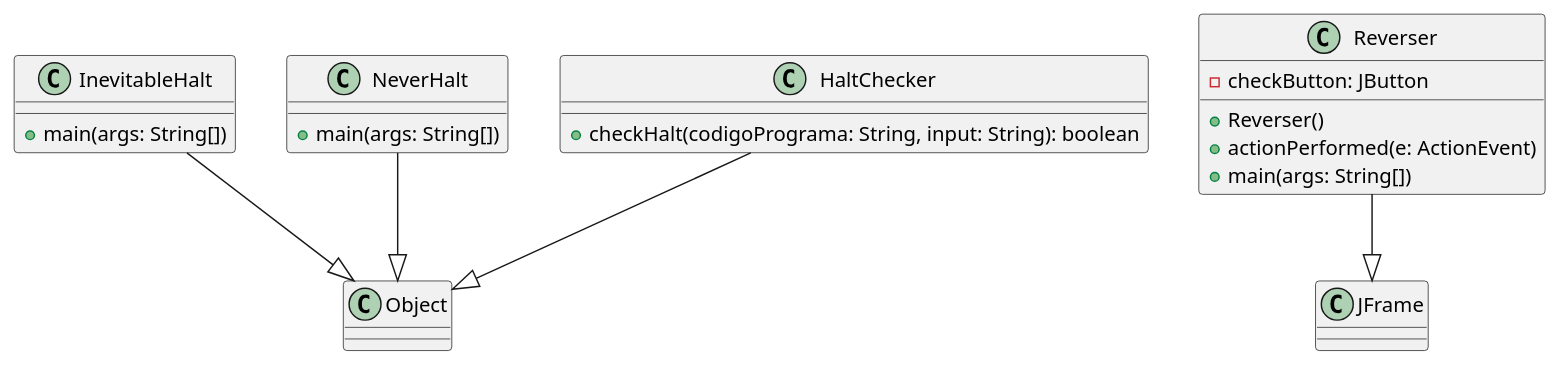
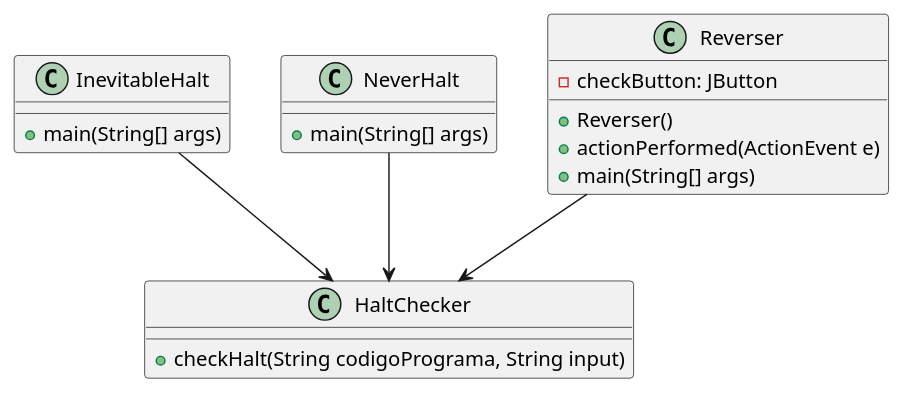
The diagram in src/main/java/diagramasUML/diagramaClases.puml (siraglez/TPexamen4), drawn with PlantUML before and after one commit.

Commit message:
diagramaClases.puml

```diff
--- a/src/main/java/diagramasUML/diagramaClases.puml
+++ b/src/main/java/diagramasUML/diagramaClases.puml
@@ -1,27 +1,26 @@
 @startuml
 
 class InevitableHalt {
-    + main(args: String[])
+    + main(String[] args)
 }
 
 class NeverHalt {
-    + main(args: String[])
+    + main(String[] args)
 }
 
 class HaltChecker {
-    + checkHalt(codigoPrograma: String, input: String): boolean
+    + checkHalt(String codigoPrograma, String input)
 }
 
 class Reverser {
     - checkButton: JButton
     + Reverser()
-    + actionPerformed(e: ActionEvent)
-    + main(args: String[])
+    + actionPerformed(ActionEvent e)
+    + main(String[] args)
 }
 
-InevitableHalt --|> Object
-NeverHalt --|> Object
-HaltChecker --|> Object
-Reverser --|> JFrame
+InevitableHalt --> HaltChecker
+NeverHalt --> HaltChecker
+Reverser --> HaltChecker
 
 @enduml
```
